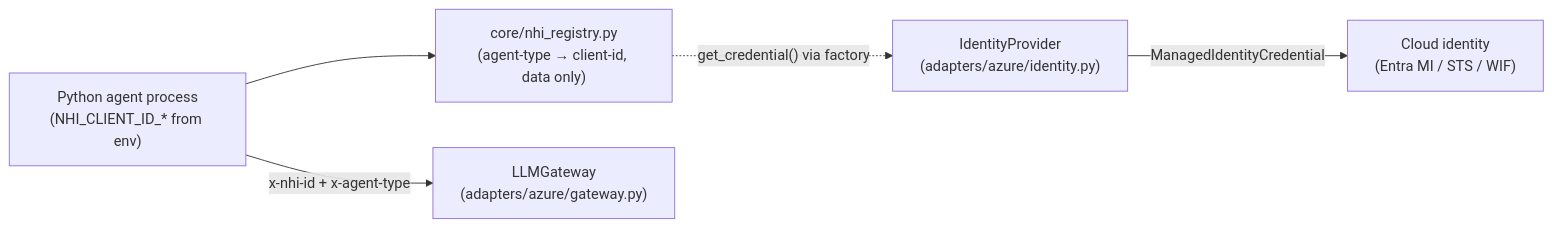
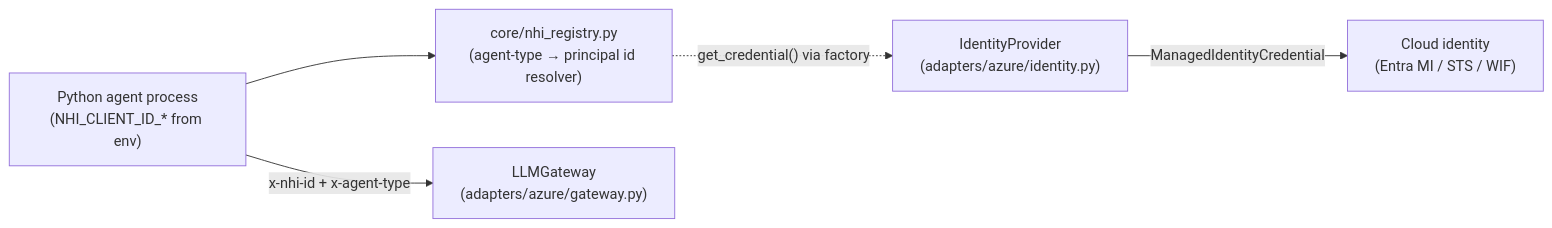
Before and after one commit to rlpatrao/agent-gov-sec: the second of 9 diagrams in docs/architecture.md, drawn with Mermaid. The commit also changed other lines of this file and 7 other files, not shown here.

First line of the commit message:
refactor(core): generic NHI registry — no hardcoded agents; resolve id via cloud IdentityProvider

````diff
--- a/docs/architecture.md
+++ b/docs/architecture.md
@@ -159,13 +162,13 @@
 ```mermaid
 flowchart LR
   Agent["Python agent process\n(NHI_CLIENT_ID_* from env)"]
-  Reg["core/nhi_registry.py\n(agent-type → client-id, data only)"]
+  Reg["core/nhi_registry.py\n(agent-type → principal id resolver)"]
   IDP["IdentityProvider\n(adapters/azure/identity.py)"]
   Cloud["Cloud identity\n(Entra MI / STS / WIF)"]
   GW["LLMGateway\n(adapters/azure/gateway.py)"]
 
   Agent --> Reg
   Reg -. get_credential() via factory .-> IDP
   IDP -->|"ManagedIdentityCredential"| Cloud
   Agent -->|"x-nhi-id + x-agent-type"| GW
 ```
````
